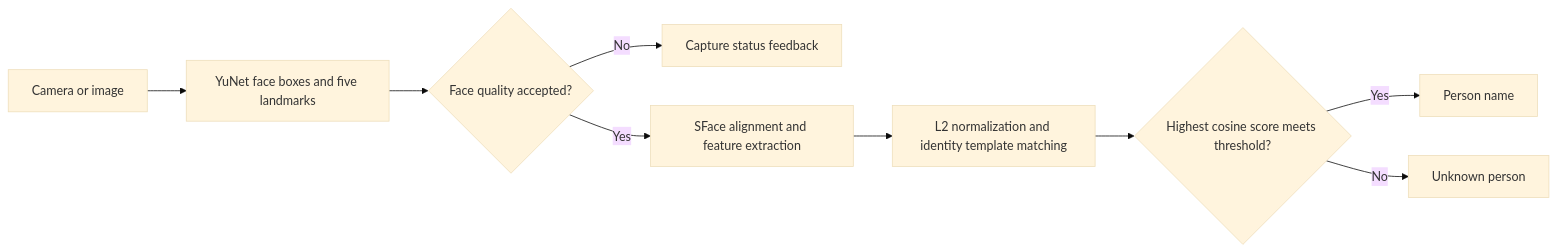
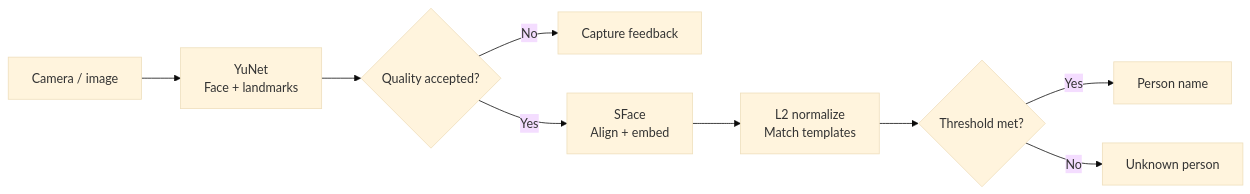
Before and after one commit to DannyTheCreator/FaceCompare: the diagram in README.md, drawn with Mermaid (base theme).

Commit message:
Keep English recognition flowchart labels compact and readable

````diff
--- a/README.md
+++ b/README.md
@@ -79,11 +79,11 @@
 ```mermaid
 flowchart LR
-    A[Camera or image] --> B[YuNet face boxes and five landmarks]
-    B --> C{Face quality accepted?}
-    C -->|No| D[Capture status feedback]
-    C -->|Yes| E[SFace alignment and feature extraction]
-    E --> F[L2 normalization and identity template matching]
-    F --> G{Highest cosine score meets threshold?}
+    A[Camera / image] --> B[YuNet<br/>Face + landmarks]
+    B --> C{Quality accepted?}
+    C -->|No| D[Capture feedback]
+    C -->|Yes| E[SFace<br/>Align + embed]
+    E --> F[L2 normalize<br/>Match templates]
+    F --> G{Threshold met?}
     G -->|Yes| H[Person name]
     G -->|No| I[Unknown person]
 ```
````
